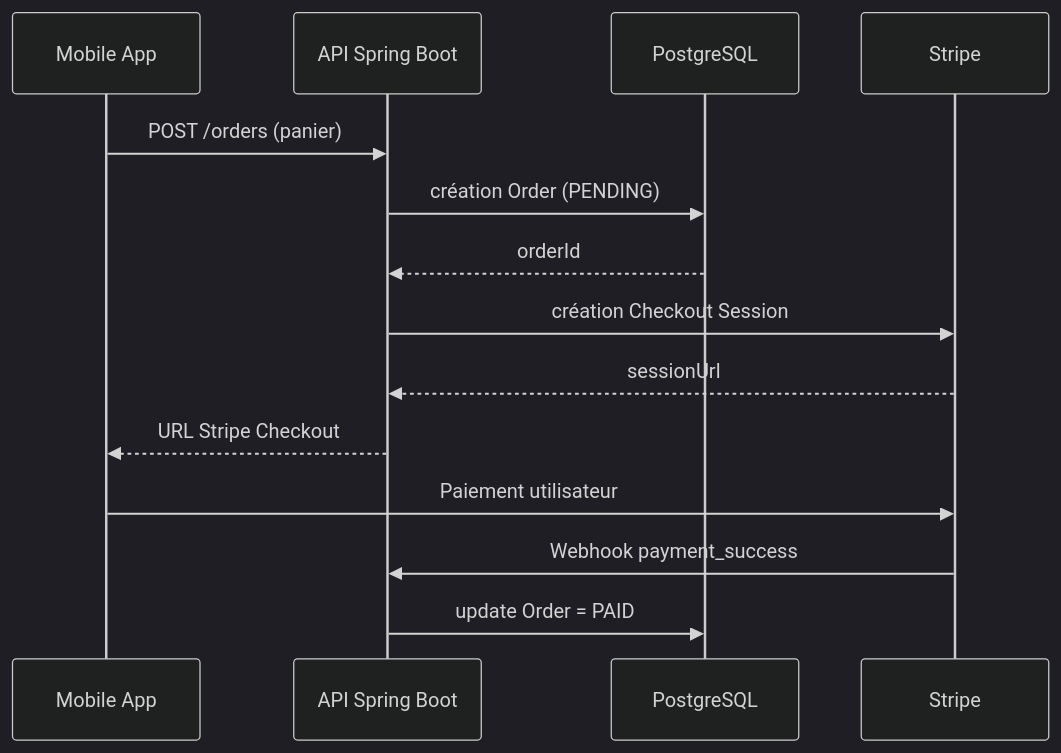
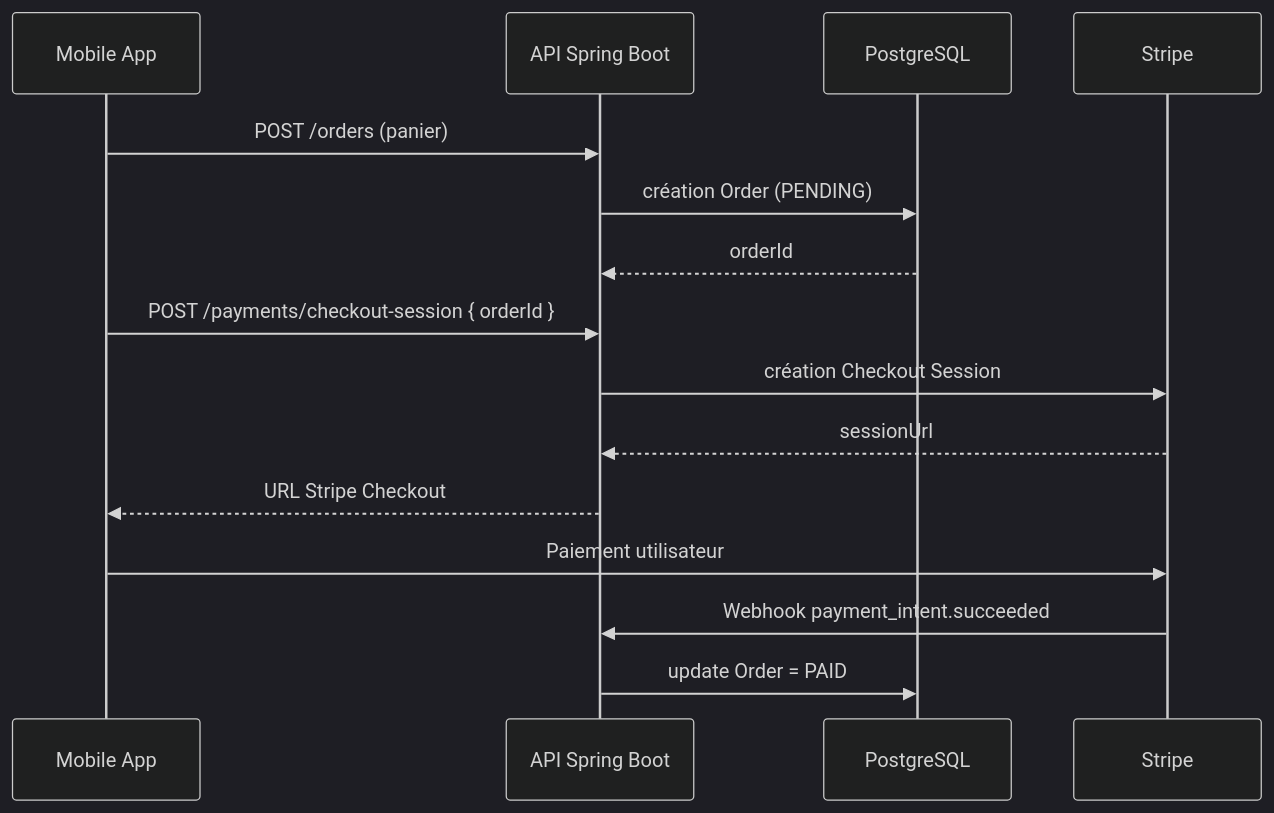
Before and after one commit to donovan-dev-web/FurniGo-Mobile-E-Commerce-App: the third of 6 diagrams in docs/diagrammes.md, drawn with Mermaid (dark theme). The commit also changed other lines of this file and 40 other files, not shown here.

````diff
--- a/docs/diagrammes.md
+++ b/docs/diagrammes.md
@@ -50,22 +50,23 @@
 ```mermaid
 sequenceDiagram
 
 participant M as Mobile App
 participant A as API Spring Boot
 participant D as PostgreSQL
 participant S as Stripe
 
 M->>A: POST /orders (panier)
 A->>D: création Order (PENDING)
 D-->>A: orderId
 
+M->>A: POST /payments/checkout-session { orderId }
 A->>S: création Checkout Session
 S-->>A: sessionUrl
 
 A-->>M: URL Stripe Checkout
 
 M->>S: Paiement utilisateur
 
-S->>A: Webhook payment_success
+S->>A: Webhook payment_intent.succeeded
 A->>D: update Order = PAID
 ```
````
